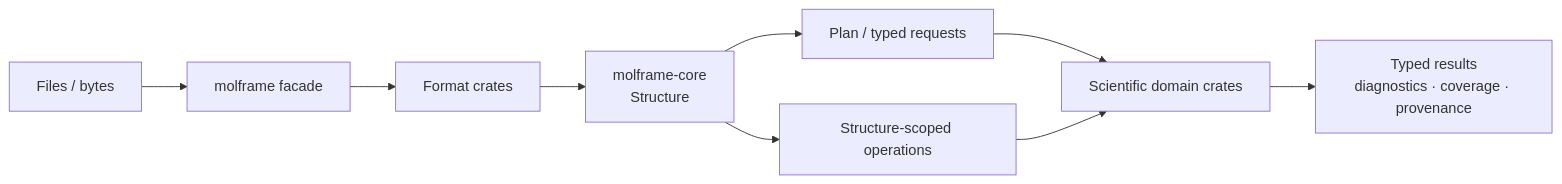
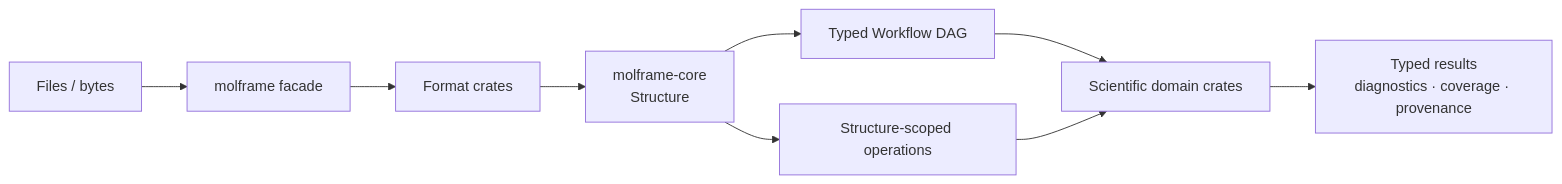
One commit to miguelcsx/molframe changed the diagram in crates/molframe/README.md. Above: the diagram before and after it, drawn with Mermaid. The commit also changed other lines of this file and 4 other files, not shown here.

````diff
--- a/crates/molframe/README.md
+++ b/crates/molframe/README.md
@@ -7,13 +7,13 @@
 ```mermaid
 flowchart LR
     Input["Files / bytes"] --> Facade["molframe facade"]
     Facade --> Formats["Format crates"]
     Formats --> Core["molframe-core<br/>Structure"]
 
-    Core --> Plan["Plan / typed requests"]
+    Core --> Workflow["Typed Workflow DAG"]
     Core --> Direct["Structure-scoped operations"]
 
-    Plan --> Domains["Scientific domain crates"]
+    Workflow --> Domains["Scientific domain crates"]
     Direct --> Domains
     Domains --> Result["Typed results<br/>diagnostics · coverage · provenance"]
 ```
````
